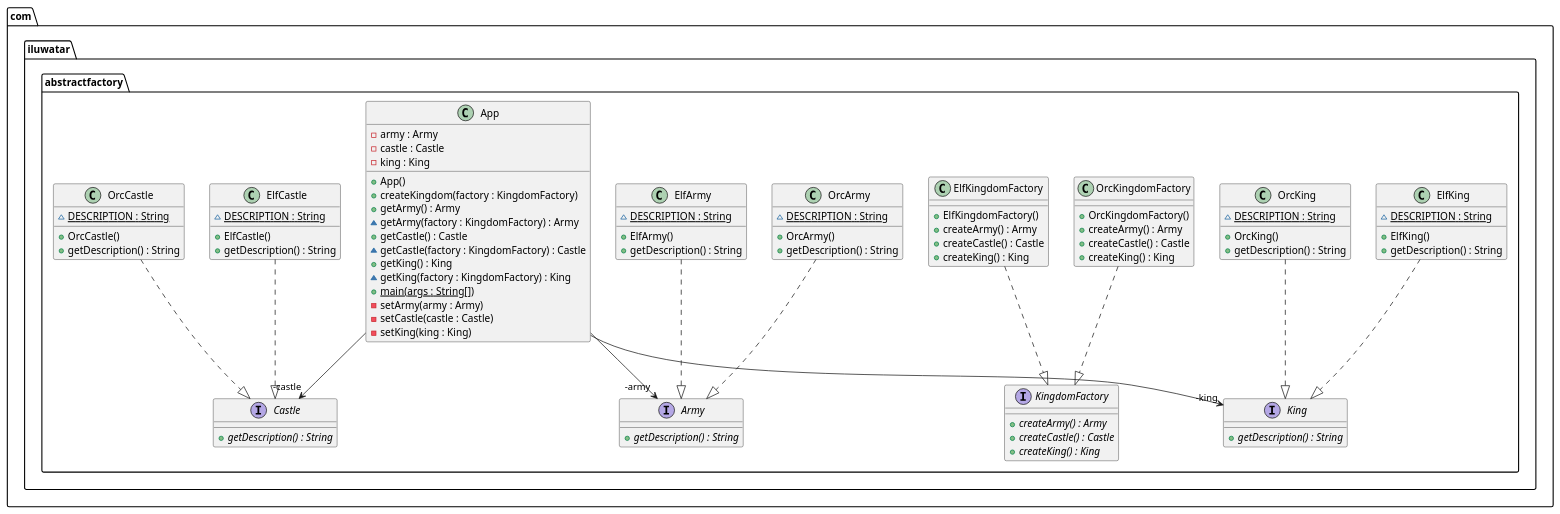
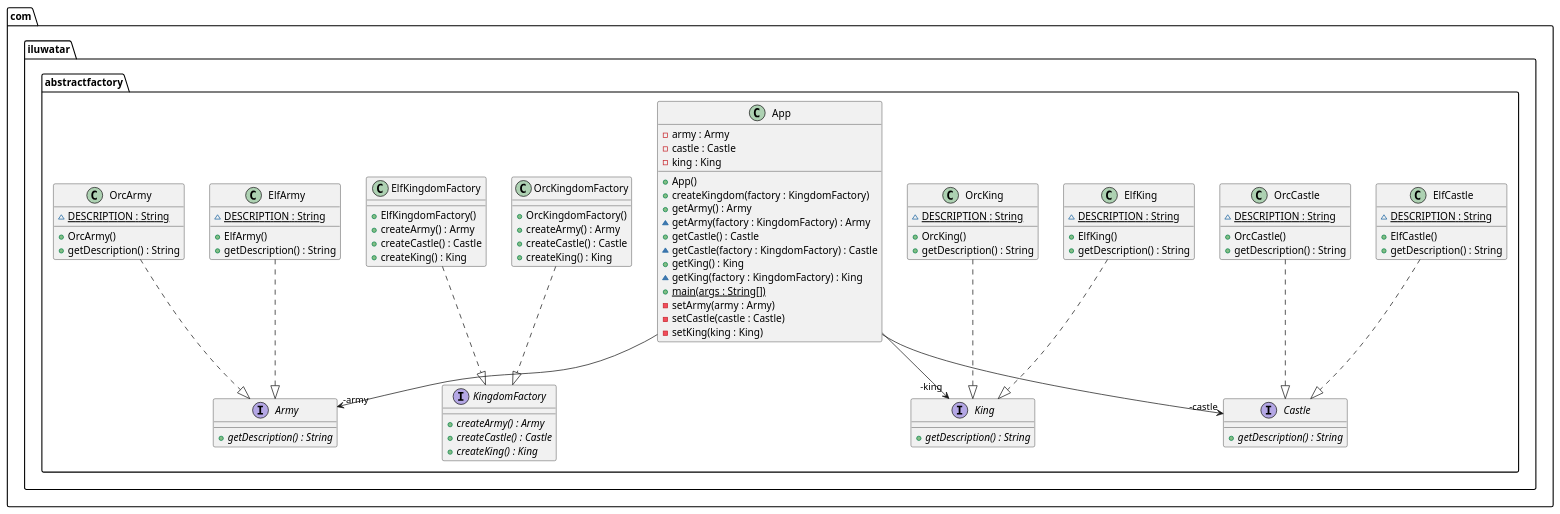
The diagram in abstract-factory/etc/abstract-factory.urm.puml (NatalieSty/java-design-patterns), drawn with PlantUML before and after one commit. The commit also changed other lines of this file and 77 other files, not shown here.

Commit message:
UML generation: Mark the urm-maven-plugin execution to be ignored in Eclipse and recreate all .puml files

```diff
--- a/abstract-factory/etc/abstract-factory.urm.puml
+++ b/abstract-factory/etc/abstract-factory.urm.puml
@@ -1,88 +1,88 @@
 @startuml
 package com.iluwatar.abstractfactory {
-  interface Castle {
-    + getDescription() : String {abstract}
-  }
-  class OrcKingdomFactory {
-    + OrcKingdomFactory()
-    + createArmy() : Army
-    + createCastle() : Castle
-    + createKing() : King
-  }
-  class ElfKing {
-    ~ DESCRIPTION : String {static}
-    + ElfKing()
-    + getDescription() : String
-  }
-  interface King {
-    + getDescription() : String {abstract}
-  }
   class App {
     - army : Army
     - castle : Castle
     - king : King
     + App()
     + createKingdom(factory : KingdomFactory)
     + getArmy() : Army
     ~ getArmy(factory : KingdomFactory) : Army
     + getCastle() : Castle
     ~ getCastle(factory : KingdomFactory) : Castle
     + getKing() : King
     ~ getKing(factory : KingdomFactory) : King
     + main(args : String[]) {static}
     - setArmy(army : Army)
     - setCastle(castle : Castle)
     - setKing(king : King)
   }
-  class OrcKing {
-    ~ DESCRIPTION : String {static}
-    + OrcKing()
-    + getDescription() : String
-  }
-  class ElfKingdomFactory {
-    + ElfKingdomFactory()
+  class OrcKingdomFactory {
+    + OrcKingdomFactory()
     + createArmy() : Army
     + createCastle() : Castle
     + createKing() : King
-  }
-  interface Army {
-    + getDescription() : String {abstract}
-  }
-  class OrcArmy {
-    ~ DESCRIPTION : String {static}
-    + OrcArmy()
-    + getDescription() : String
-  }
-  interface KingdomFactory {
-    + createArmy() : Army {abstract}
-    + createCastle() : Castle {abstract}
-    + createKing() : King {abstract}
-  }
-  class ElfArmy {
-    ~ DESCRIPTION : String {static}
-    + ElfArmy()
-    + getDescription() : String
   }
   class ElfCastle {
     ~ DESCRIPTION : String {static}
     + ElfCastle()
     + getDescription() : String
   }
   class OrcCastle {
     ~ DESCRIPTION : String {static}
     + OrcCastle()
     + getDescription() : String
   }
+  interface KingdomFactory {
+    + createArmy() : Army {abstract}
+    + createCastle() : Castle {abstract}
+    + createKing() : King {abstract}
+  }
+  class ElfKing {
+    ~ DESCRIPTION : String {static}
+    + ElfKing()
+    + getDescription() : String
+  }
+  class ElfArmy {
+    ~ DESCRIPTION : String {static}
+    + ElfArmy()
+    + getDescription() : String
+  }
+  interface Castle {
+    + getDescription() : String {abstract}
+  }
+  interface Army {
+    + getDescription() : String {abstract}
+  }
+  class OrcKing {
+    ~ DESCRIPTION : String {static}
+    + OrcKing()
+    + getDescription() : String
+  }
+  class OrcArmy {
+    ~ DESCRIPTION : String {static}
+    + OrcArmy()
+    + getDescription() : String
+  }
+  interface King {
+    + getDescription() : String {abstract}
+  }
+  class ElfKingdomFactory {
+    + ElfKingdomFactory()
+    + createArmy() : Army
+    + createCastle() : Castle
+    + createKing() : King
+  }
 }
 App -->  "-castle" Castle
 App -->  "-king" King
 App -->  "-army" Army
 OrcKingdomFactory ..|> KingdomFactory 
-ElfKing ..|> King 
-OrcKing ..|> King 
-ElfKingdomFactory ..|> KingdomFactory 
-OrcArmy ..|> Army 
-ElfArmy ..|> Army 
 ElfCastle ..|> Castle 
 OrcCastle ..|> Castle 
+ElfKing ..|> King 
+ElfArmy ..|> Army 
+OrcKing ..|> King 
+OrcArmy ..|> Army 
+ElfKingdomFactory ..|> KingdomFactory 
 @enduml
```
